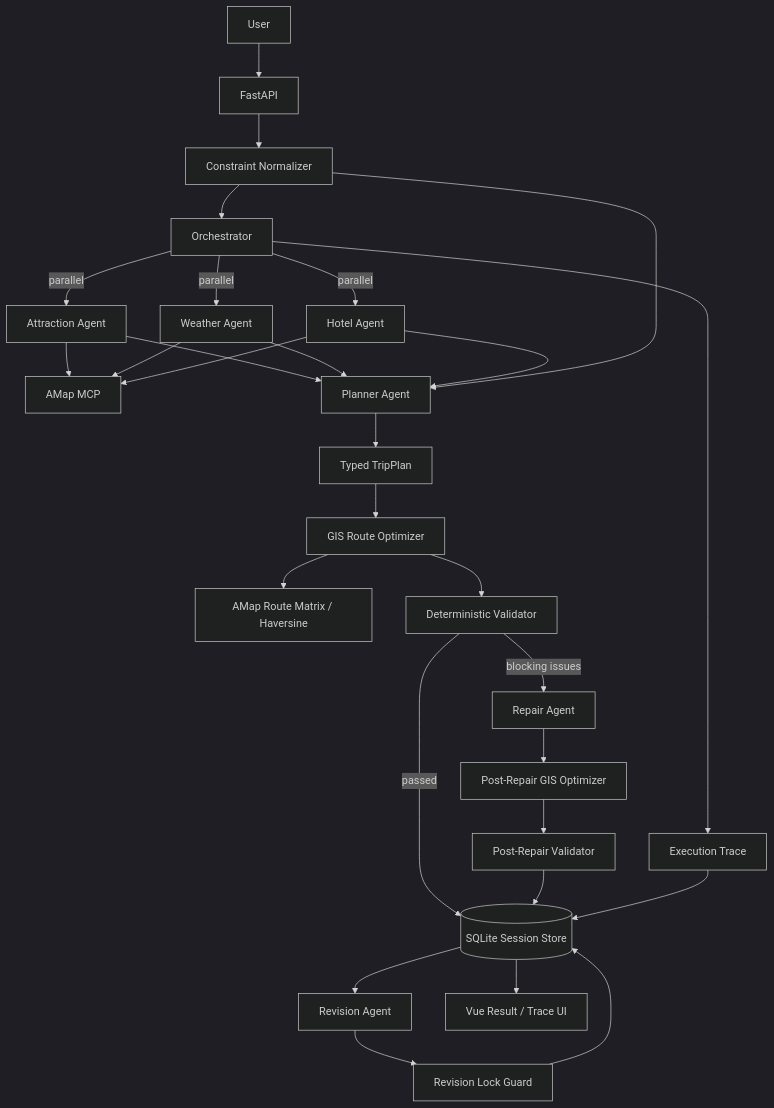
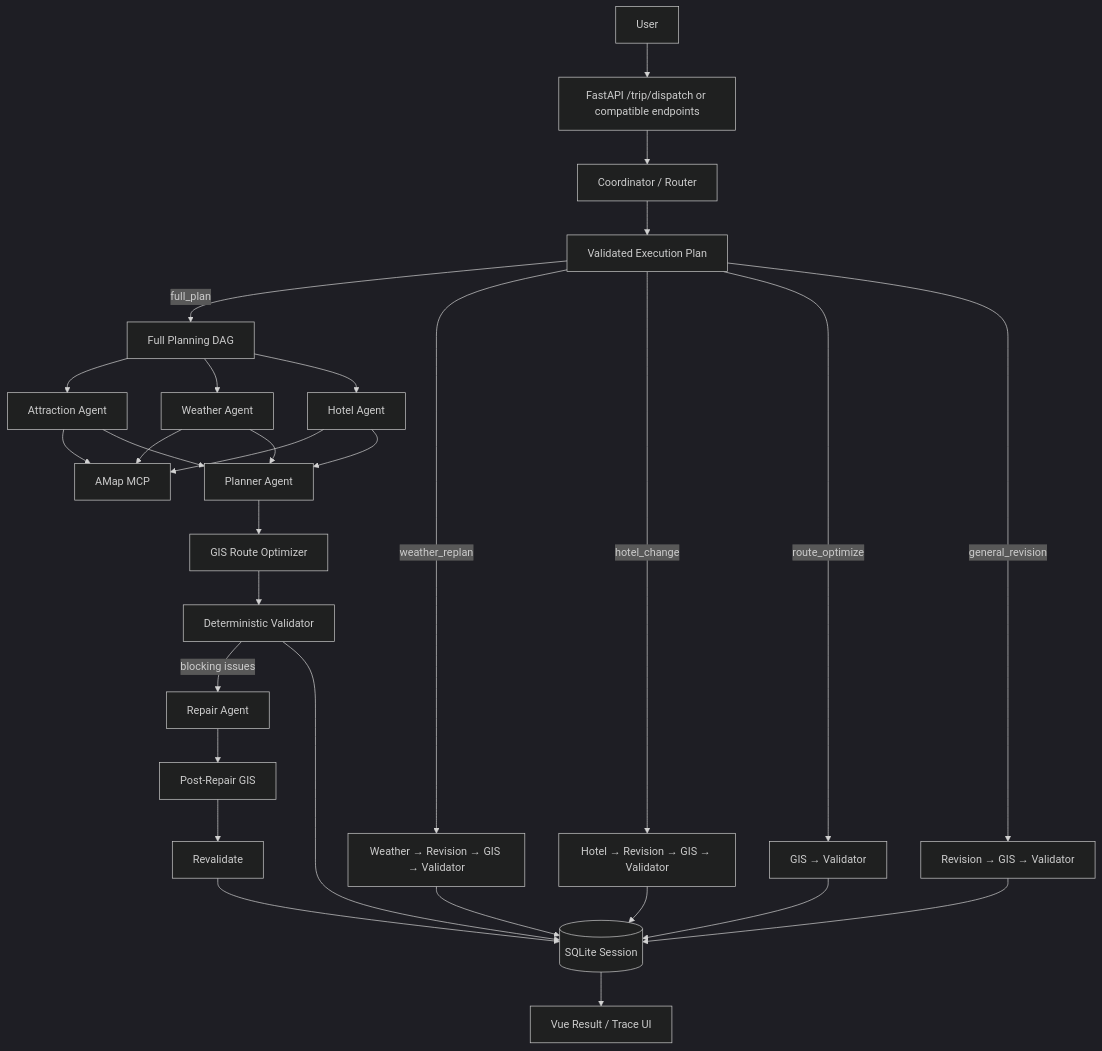
One commit to geomini1989-cpu/helloagents-trip-planner changed the diagram in docs/ARCHITECTURE.md. Above: the diagram before and after it, drawn with Mermaid (dark theme). The commit also changed other lines of this file, not shown here.

Commit message:
docs: document coordinator and dynamic task graphs

````diff
--- a/docs/ARCHITECTURE.md
+++ b/docs/ARCHITECTURE.md
@@ -21,38 +23,35 @@
 ```mermaid
 flowchart TD
-    U[User] --> API[FastAPI]
-    API --> C[Constraint Normalizer]
-    C --> O[Orchestrator]
+    U[User] --> API[FastAPI /trip/dispatch or compatible endpoints]
+    API --> C[Coordinator / Router]
+    C --> EP[Validated Execution Plan]
 
-    O -->|parallel| A[Attraction Agent]
-    O -->|parallel| W[Weather Agent]
-    O -->|parallel| H[Hotel Agent]
+    EP -->|full_plan| FULL[Full Planning DAG]
+    EP -->|weather_replan| WFLOW[Weather → Revision → GIS → Validator]
+    EP -->|hotel_change| HFLOW[Hotel → Revision → GIS → Validator]
+    EP -->|route_optimize| RFLOW[GIS → Validator]
+    EP -->|general_revision| REVFLOW[Revision → GIS → Validator]
 
+    FULL --> A[Attraction Agent]
+    FULL --> W[Weather Agent]
+    FULL --> H[Hotel Agent]
     A --> MCP[AMap MCP]
     W --> MCP
     H --> MCP
-
     A --> P[Planner Agent]
     W --> P
     H --> P
-    C --> P
+    P --> GIS[GIS Route Optimizer]
+    GIS --> V[Deterministic Validator]
+    V -->|blocking issues| R[Repair Agent]
+    R --> GIS2[Post-Repair GIS]
+    GIS2 --> V2[Revalidate]
 
-    P --> T[Typed TripPlan]
-    T --> GIS[GIS Route Optimizer]
-    GIS --> RM[AMap Route Matrix / Haversine]
-    GIS --> V[Deterministic Validator]
-
-    V -->|passed| DB[(SQLite Session Store)]
-    V -->|blocking issues| R[Repair Agent]
-    R --> GIS2[Post-Repair GIS Optimizer]
-    GIS2 --> V2[Post-Repair Validator]
+    WFLOW --> DB[(SQLite Session)]
+    HFLOW --> DB
+    RFLOW --> DB
+    REVFLOW --> DB
+    V --> DB
     V2 --> DB
-
-    DB --> REV[Revision Agent]
-    REV --> LG[Revision Lock Guard]
-    LG --> DB
-
-    O --> TRACE[Execution Trace]
-    TRACE --> DB
     DB --> FE[Vue Result / Trace UI]
 ```
````
